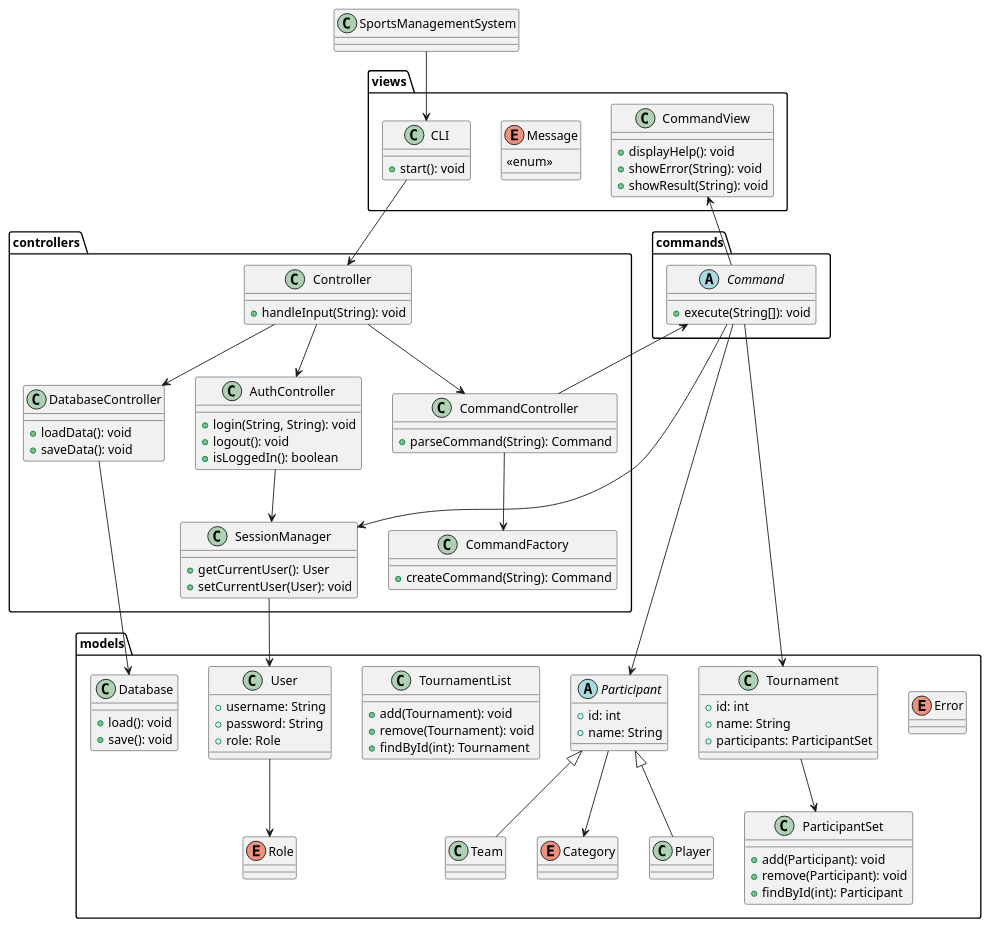
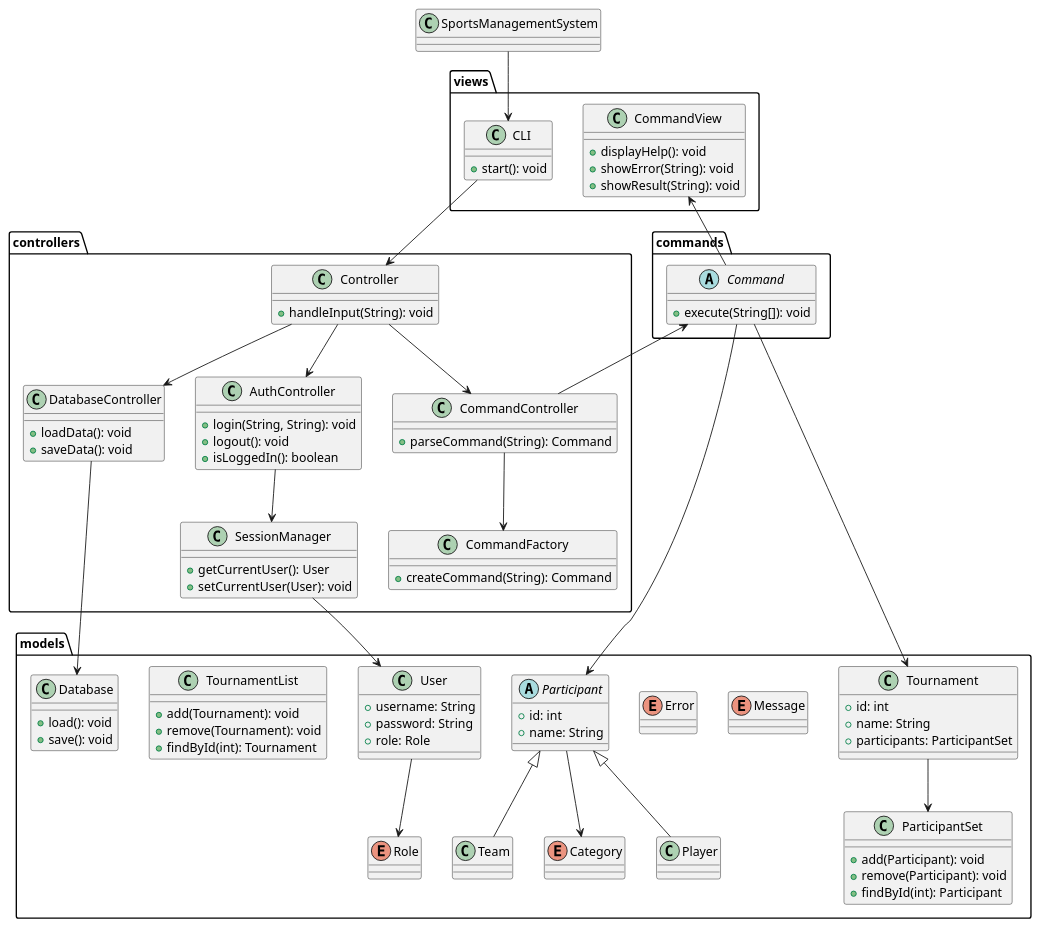
Before and after one commit to kareiku/poo-practica: the diagram in diagram.puml, drawn with PlantUML.

Commit message:
Empty commit

```diff
--- a/diagram.puml
+++ b/diagram.puml
@@ -1,140 +1,138 @@
 @startuml
 
 class SportsManagementSystem
 
 package models {
     enum Category
     enum Role
     enum Error
+    enum Message
 
     abstract class Participant {
         +id: int
         +name: String
     }
 
     class Player extends Participant
     class Team extends Participant
 
     class ParticipantSet {
         +add(Participant): void
         +remove(Participant): void
         +findById(int): Participant
     }
 
     class Tournament {
         +id: int
         +name: String
         +participants: ParticipantSet
     }
 
     class TournamentList {
         +add(Tournament): void
         +remove(Tournament): void
         +findById(int): Tournament
     }
 
     class User {
         +username: String
         +password: String
         +role: Role
     }
 
     class Database {
         +load(): void
         +save(): void
     }
 }
 
 package controllers {
     class Controller {
         +handleInput(String): void
     }
 
     class CommandController {
         +parseCommand(String): Command
     }
 
     class CommandFactory {
         +createCommand(String): Command
     }
 
     class AuthController {
         +login(String, String): void
         +logout(): void
         +isLoggedIn(): boolean
     }
 
     class DatabaseController {
         +loadData(): void
         +saveData(): void
     }
 
     class SessionManager {
         +getCurrentUser(): User
         +setCurrentUser(User): void
     }
 }
 
 package commands {
     abstract class Command {
         +execute(String[]): void
     }
 /'
     class ExitCommand extends Command
     class LoginCommand extends Command
     class LogoutCommand extends Command
     class PlayerCreateCommand extends Command
     class PlayerDeleteCommand extends Command
     class StatisticsShowCommand extends Command
     class TeamAddCommand extends Command
     class TeamCreateCommand extends Command
     class TeamDeleteCommand extends Command
     class TeamRemoveCommand extends Command
     class TournamentAddCommand extends Command
     class TournamentDeleteCommand extends Command
     class TournamentListCommand extends Command
     class TournamentMatchmakingCommand extends Command
     class TournamentRemoveCommand extends Command
 '/
 }
 
 package views {
     class CLI {
         +start(): void
     }
 
-    enum Message {
-        <<enum>>
-    }
-
     class CommandView {
         +displayHelp(): void
         +showError(String): void
         +showResult(String): void
     }
 }
 
 SportsManagementSystem --> CLI
 CLI --> Controller
 Controller --> CommandController
 CommandController --> CommandFactory
 CommandController --> Command
 Command --> CommandView
-Command --> SessionManager
+Command -[hidden]-> SessionManager
 Command -[hidden]-> DatabaseController
 
 Controller --> AuthController
 AuthController --> SessionManager
 Controller --> DatabaseController
 DatabaseController --> Database
 
 SessionManager --> User
 User --> Role
 
 Command --> Participant
 Command --> Tournament
 
 Tournament --> ParticipantSet
 Participant --> Category
+Message <-[hidden]right- Database
 
 @enduml
```
